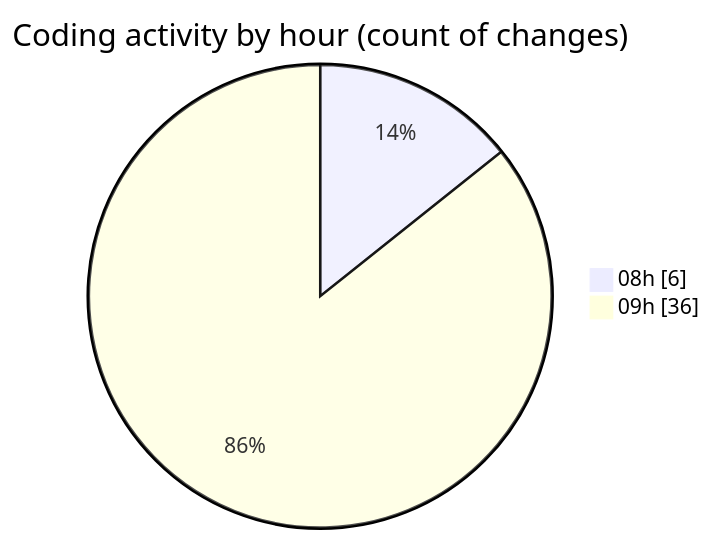
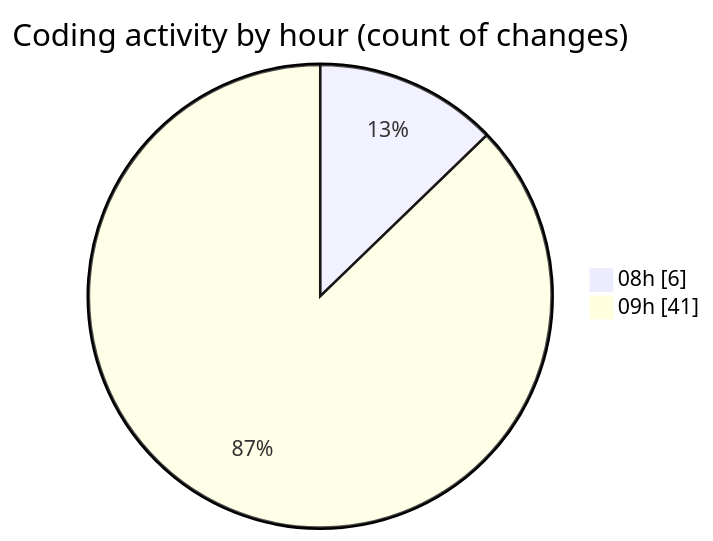
The second of 2 diagrams in 2026-01-29/cda/README.md (momahboobian/code-tracking), drawn with Mermaid before and after one commit. The commit also changed other lines of this file and 1 other file, not shown here.

````diff
--- a/2026-01-29/cda/README.md
+++ b/2026-01-29/cda/README.md
@@ -32,6 +32,6 @@
 ```mermaid
 pie showData
 title Coding activity by hour (count of changes)
 "08h" : 6
-"09h" : 36
+"09h" : 41
 ```
````
